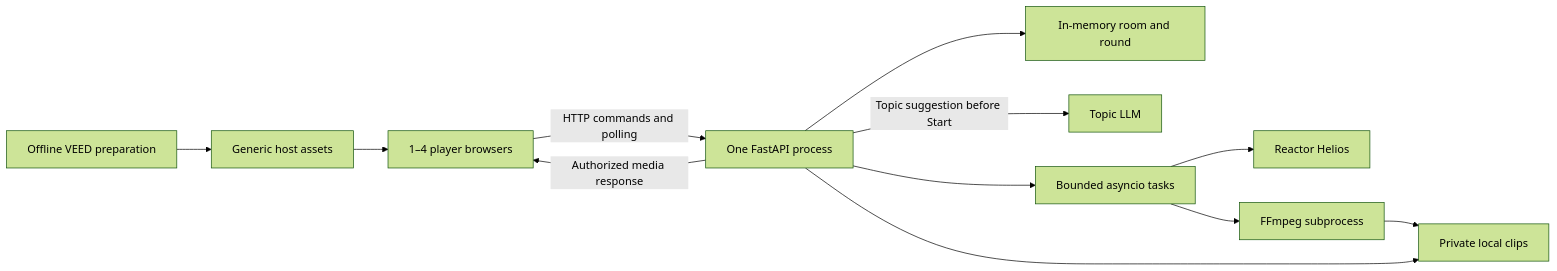
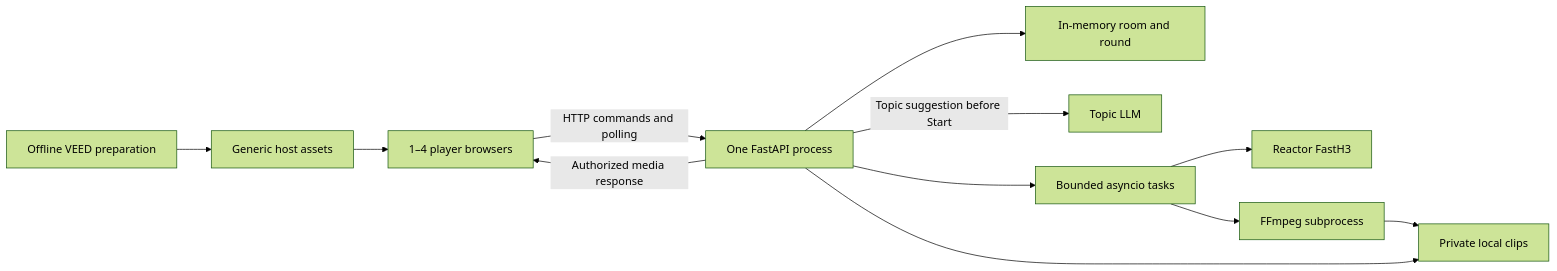
One commit to CoralLeiCN/VIbeParty changed the diagram in docs/games/prompt-royale/tech-stack.md. Above: the diagram before and after it, drawn with Mermaid (forest theme). The commit also changed other lines of this file and 34 other files, not shown here.

````diff
--- a/docs/games/prompt-royale/tech-stack.md
+++ b/docs/games/prompt-royale/tech-stack.md
@@ -53,14 +53,14 @@
 ```mermaid
 flowchart LR
     Phones[1–4 player browsers] -->|HTTP commands and polling| App[One FastAPI process]
     App --> State[In-memory room and round]
     App -->|Topic suggestion before Start| LLM[Topic LLM]
     App --> Tasks[Bounded asyncio tasks]
-    Tasks --> Reactor[Reactor Helios]
+    Tasks --> Reactor[Reactor FastH3]
     Tasks --> FFmpeg[FFmpeg subprocess]
     FFmpeg --> Files[Private local clips]
     App -->|Authorized media response| Phones
     App --> Files
     VEED[Offline VEED preparation] --> Static[Generic host assets]
     Static --> Phones
 ```
````
